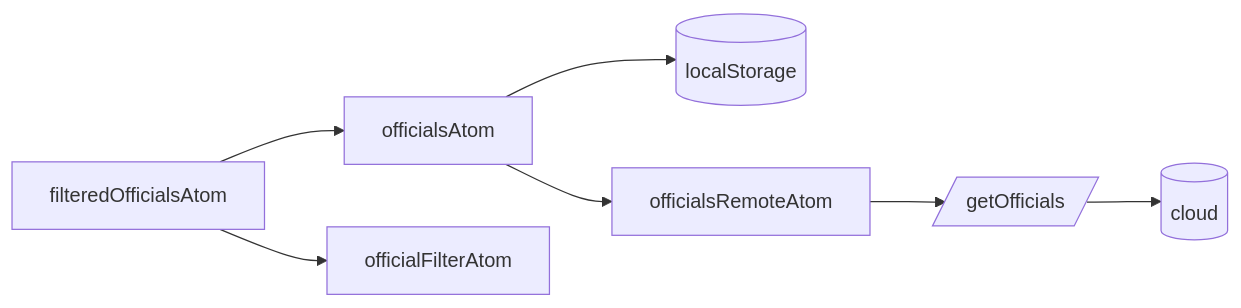
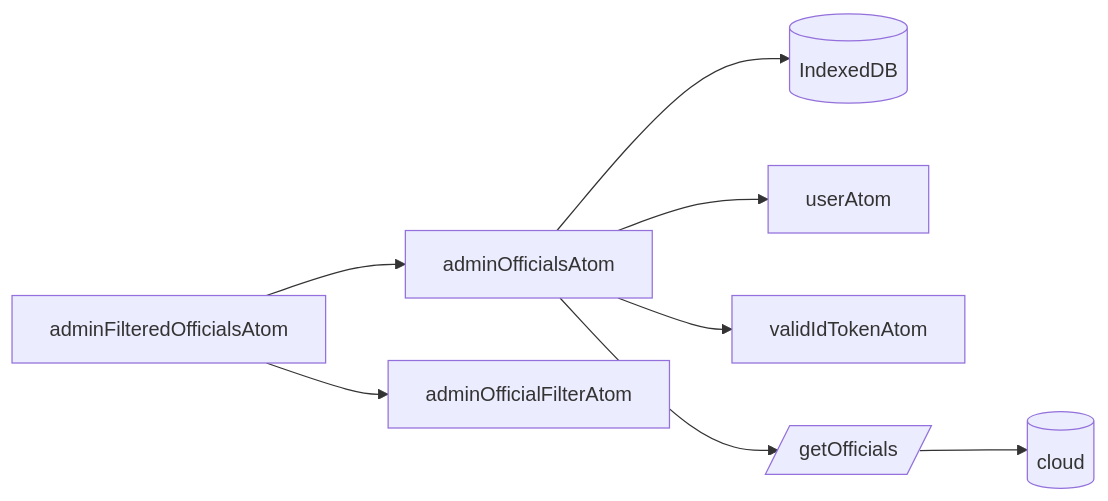
The second of 4 diagrams in src/pages/admin/state/README.md (koekalenteri/koekalenteri), drawn with Mermaid before and after one commit. The commit also changed other lines of this file, not shown here.

First line of the commit message:
docs(admin): redraw the officials, organizers and registrations state graphs

````diff
--- a/src/pages/admin/state/README.md
+++ b/src/pages/admin/state/README.md
@@ -92,12 +95,15 @@
 ```mermaid
 graph LR
-  officialsAtom-->localStorage
-  officialsAtom-->officialsRemoteAtom
-  officialFilterAtom
+  adminOfficialsAtom-->indexedDB
+  adminOfficialsAtom-->userAtom
+  adminOfficialsAtom-->validIdTokenAtom
+  adminOfficialsAtom-->getOfficials[/getOfficials/]-->aws
+  adminOfficialFilterAtom
 
-  localStorage[(localStorage)]
-  officialsRemoteAtom-->getOfficials[/getOfficials/]-->aws[(cloud)]
+  indexedDB[(IndexedDB)]
 
-  filteredOfficialsAtom-->officialFilterAtom
-  filteredOfficialsAtom-->officialsAtom
+  adminFilteredOfficialsAtom-->adminOfficialsAtom
+  adminFilteredOfficialsAtom-->adminOfficialFilterAtom
+
+  aws[(cloud)]
 ```
````
